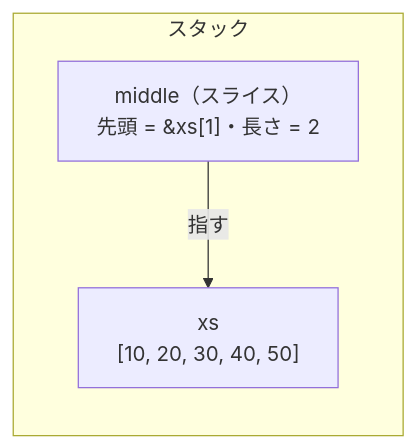
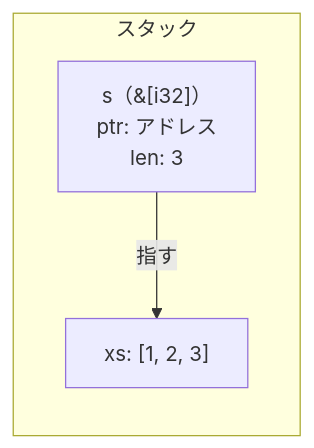
Before and after one commit to shinagawa-web/rust-guide: the diagram in ja/src/by-language/from-c/borrowing.md, drawn with Mermaid. The commit also changed other lines of this file and 13 other files, not shown here.

````diff
--- a/ja/src/by-language/from-c/borrowing.md
+++ b/ja/src/by-language/from-c/borrowing.md
@@ -89,8 +71,8 @@
 ```mermaid
 flowchart LR
     subgraph スタック
-      xs["xs<br>[10, 20, 30, 40, 50]"]
-      middle["middle（スライス）<br>先頭 = &xs[1]・長さ = 2"]
+        s["s（&[i32]）<br>ptr: アドレス<br>len: 3"]
+        xs["xs: [1, 2, 3]"]
     end
-    middle -->|指す| xs
+    s -->|指す| xs
 ```
````
